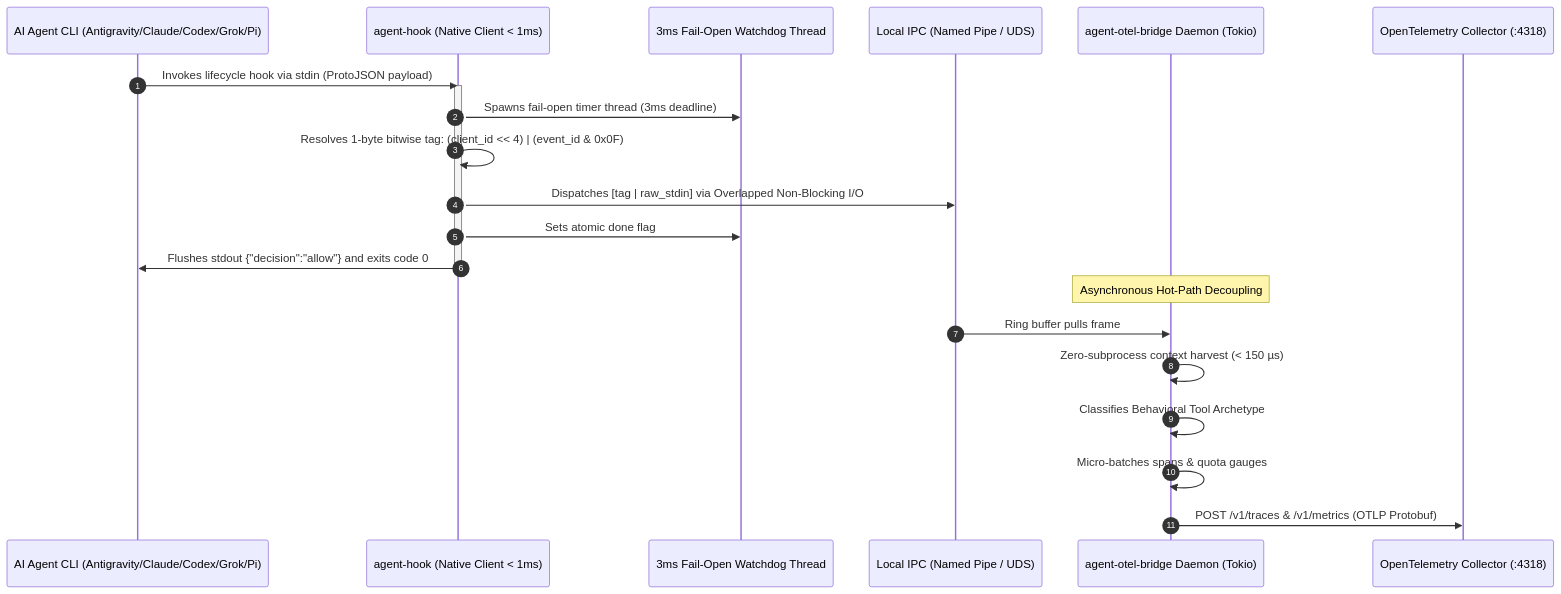
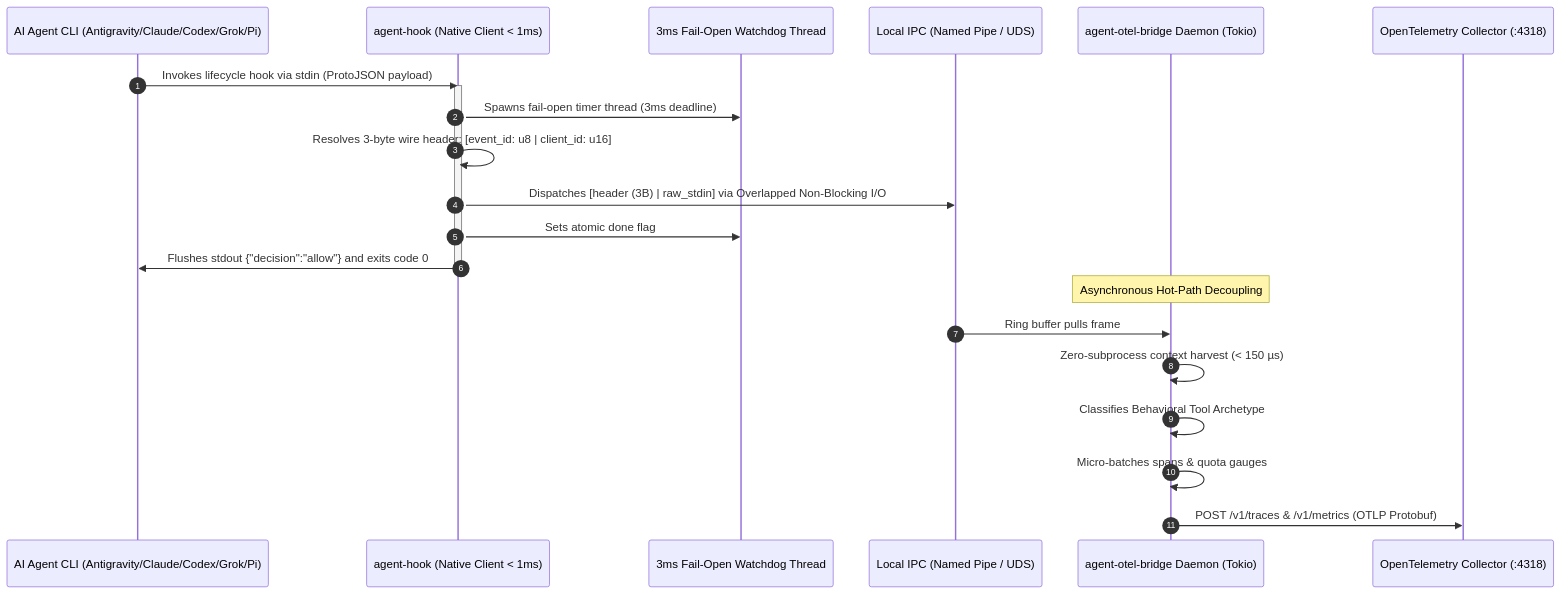
Before and after one commit to smota/agent-otel-bridge: the diagram in docs/NATIVE_CLI_INSTRUMENTATION.md, drawn with Mermaid. The commit also changed other lines of this file and 18 other files, not shown here.

````diff
--- a/docs/NATIVE_CLI_INSTRUMENTATION.md
+++ b/docs/NATIVE_CLI_INSTRUMENTATION.md
@@ -30,26 +30,26 @@
 ```mermaid
 sequenceDiagram
     autonumber
     participant Harness as AI Agent CLI (Antigravity/Claude/Codex/Grok/Pi)
     participant Hook as agent-hook (Native Client < 1ms)
     participant Watchdog as 3ms Fail-Open Watchdog Thread
     participant Pipe as Local IPC (Named Pipe / UDS)
     participant Daemon as agent-otel-bridge Daemon (Tokio)
     participant OTel as OpenTelemetry Collector (:4318)
 
     Harness->>Hook: Invokes lifecycle hook via stdin (ProtoJSON payload)
     activate Hook
     Hook->>Watchdog: Spawns fail-open timer thread (3ms deadline)
-    Hook->>Hook: Resolves 1-byte bitwise tag: (client_id << 4) | (event_id & 0x0F)
-    Hook->>Pipe: Dispatches [tag | raw_stdin] via Overlapped Non-Blocking I/O
+    Hook->>Hook: Resolves 3-byte wire header: [event_id: u8 | client_id: u16]
+    Hook->>Pipe: Dispatches [header (3B) | raw_stdin] via Overlapped Non-Blocking I/O
     Hook->>Watchdog: Sets atomic done flag
     Hook->>Harness: Flushes stdout {"decision":"allow"} and exits code 0
     deactivate Hook
 
     Note over Daemon: Asynchronous Hot-Path Decoupling
     Pipe->>Daemon: Ring buffer pulls frame
     Daemon->>Daemon: Zero-subprocess context harvest (< 150 µs)
     Daemon->>Daemon: Classifies Behavioral Tool Archetype
     Daemon->>Daemon: Micro-batches spans & quota gauges
     Daemon->>OTel: POST /v1/traces & /v1/metrics (OTLP Protobuf)
 ```
````
